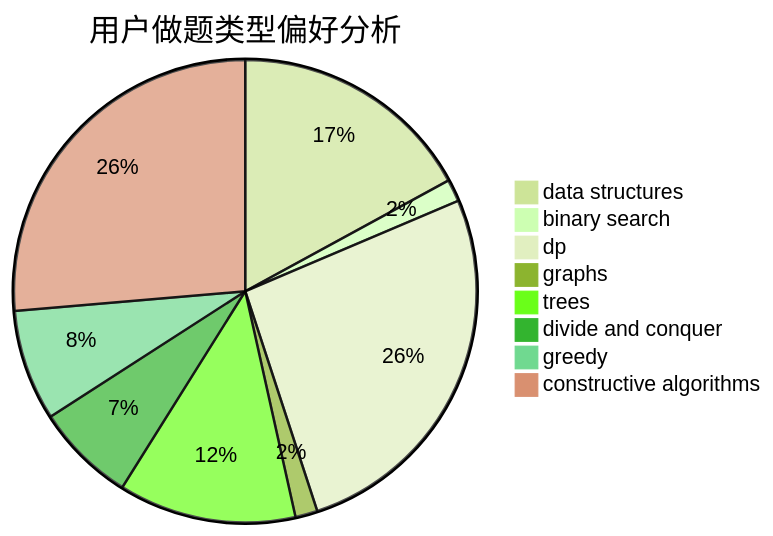
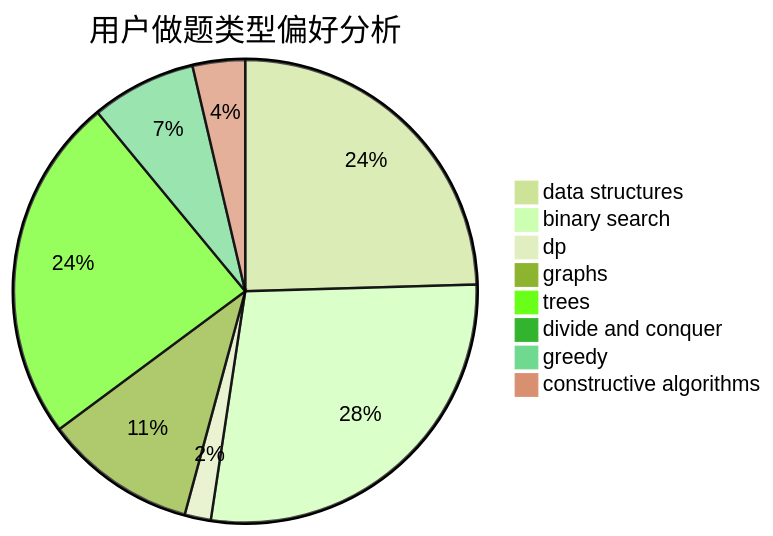
One commit to sherpahu/cfrs.github.io changed the second of 3 diagrams in docs/user/u1692.md. Above: the diagram before and after it, drawn with Mermaid (forest theme). The commit also changed other lines of this file and 2770 other files, not shown here.

````diff
--- a/docs/user/u1692.md
+++ b/docs/user/u1692.md
@@ -23,11 +23,11 @@
 ```mermaid
 pie title 用户做题类型偏好分析
-    "data structures" :  22
-    "binary search" :  2
-    "dp" :  34
-    "graphs" :  2
-    "trees" :  16
-    "divide and conquer" :  9
-    "greedy" :  10
-    "constructive algorithms" :  34
+    "data structures" :  67
+    "binary search" :  76
+    "dp" :  5
+    "graphs" :  29
+    "trees" :  66
+    "divide and conquer" :  1
+    "greedy" :  20
+    "constructive algorithms" :  10
 ```
````
